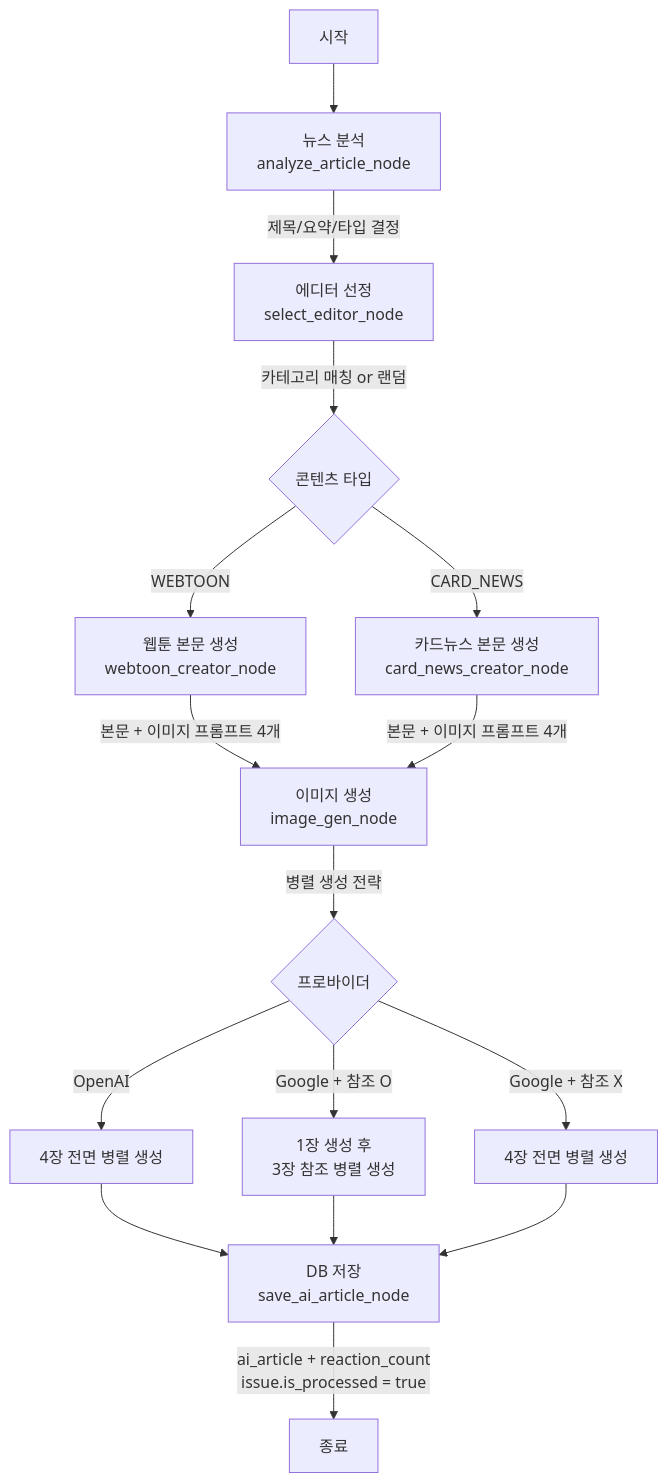
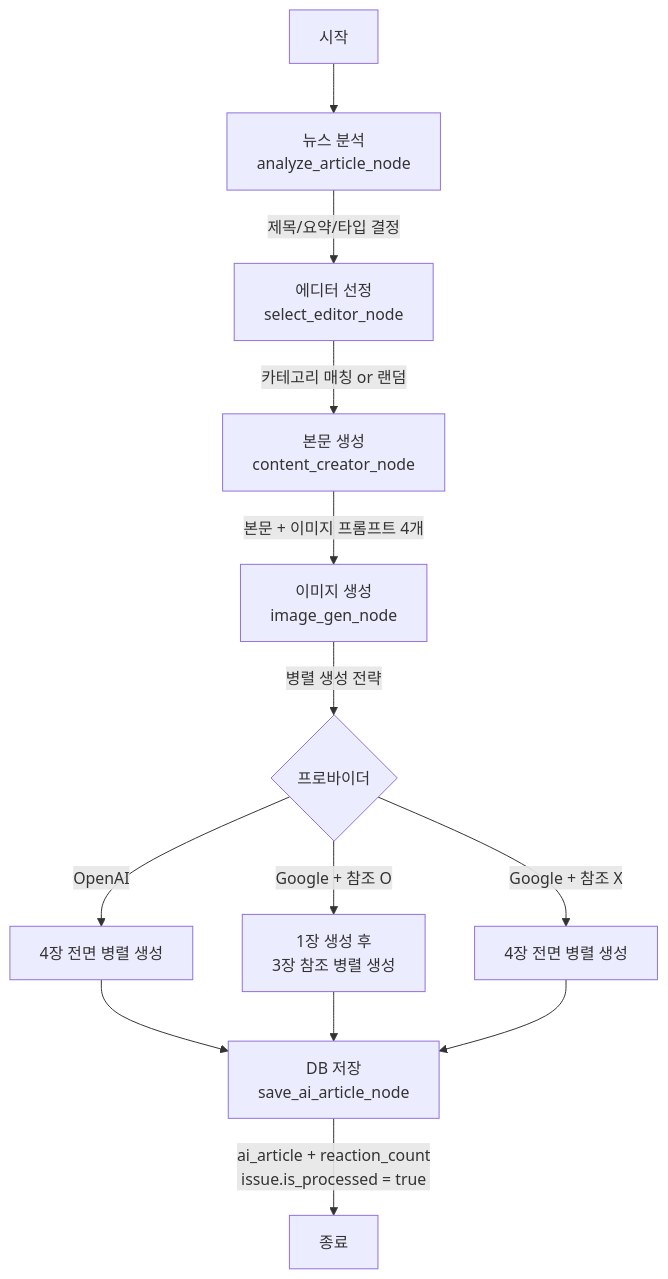
The second of 3 diagrams in README.md (team-leekim/newsnack-ai), drawn with Mermaid before and after one commit. The commit also changed other lines of this file, not shown here.

Commit message:
docs: 리팩토링 반영하여 README 업데이트

````diff
--- a/README.md
+++ b/README.md
@@ -64,23 +64,18 @@
 ```mermaid
 graph TD
     Start[시작] --> Analyze[뉴스 분석<br/>analyze_article_node]
     Analyze --> |제목/요약/타입 결정| SelectEditor[에디터 선정<br/>select_editor_node]
-    SelectEditor --> |카테고리 매칭 or 랜덤| Branch{콘텐츠 타입}
-    
-    Branch --> |WEBTOON| Webtoon[웹툰 본문 생성<br/>webtoon_creator_node]
-    Branch --> |CARD_NEWS| CardNews[카드뉴스 본문 생성<br/>card_news_creator_node]
-    
-    Webtoon --> |본문 + 이미지 프롬프트 4개| ImageGen[이미지 생성<br/>image_gen_node]
-    CardNews --> |본문 + 이미지 프롬프트 4개| ImageGen
+    SelectEditor --> |카테고리 매칭 or 랜덤| ContentCreator[본문 생성<br/>content_creator_node]
+    ContentCreator --> |본문 + 이미지 프롬프트 4개| ImageGen[이미지 생성<br/>image_gen_node]
     
     ImageGen --> |병렬 생성 전략| ImageStrategy{프로바이더}
     ImageStrategy --> |OpenAI| OpenAI[4장 전면 병렬 생성]
     ImageStrategy --> |Google + 참조 O| GoogleRef[1장 생성 후<br/>3장 참조 병렬 생성]
     ImageStrategy --> |Google + 참조 X| GoogleNoRef[4장 전면 병렬 생성]
     
     OpenAI --> Save[DB 저장<br/>save_ai_article_node]
     GoogleRef --> Save
     GoogleNoRef --> Save
     
     Save --> |ai_article + reaction_count<br/>issue.is_processed = true| End[종료]
 ```
````
